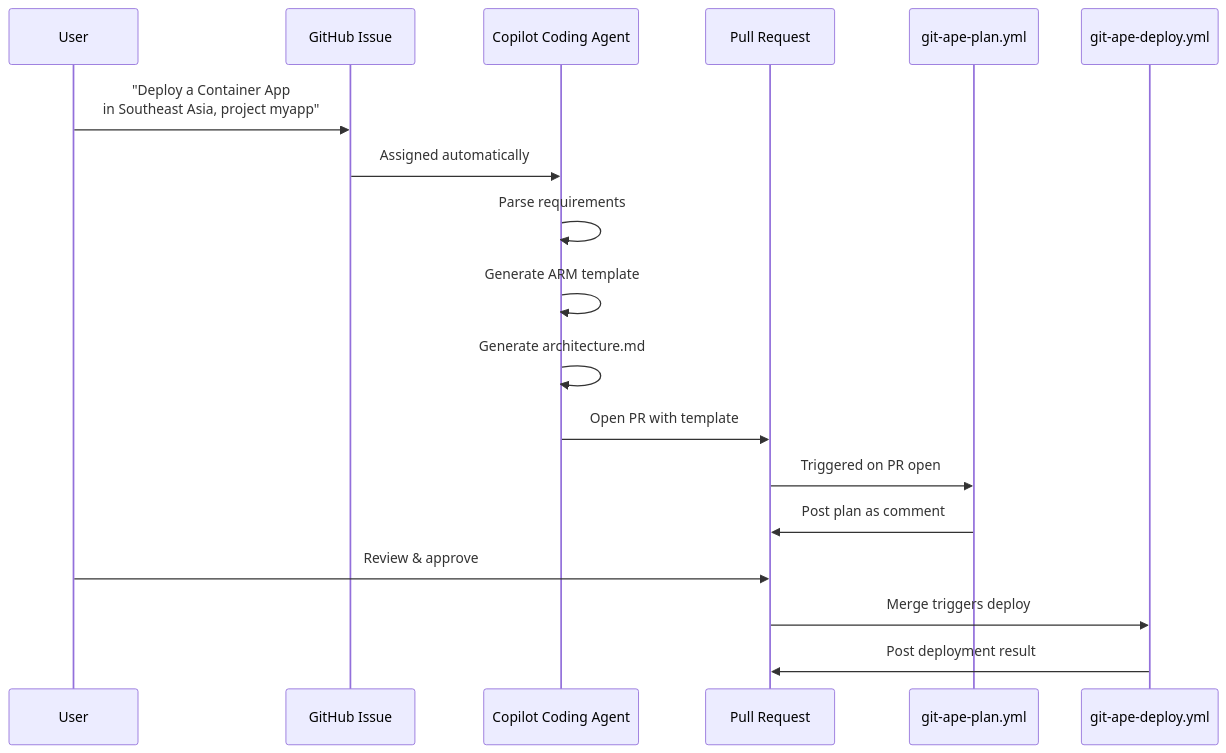
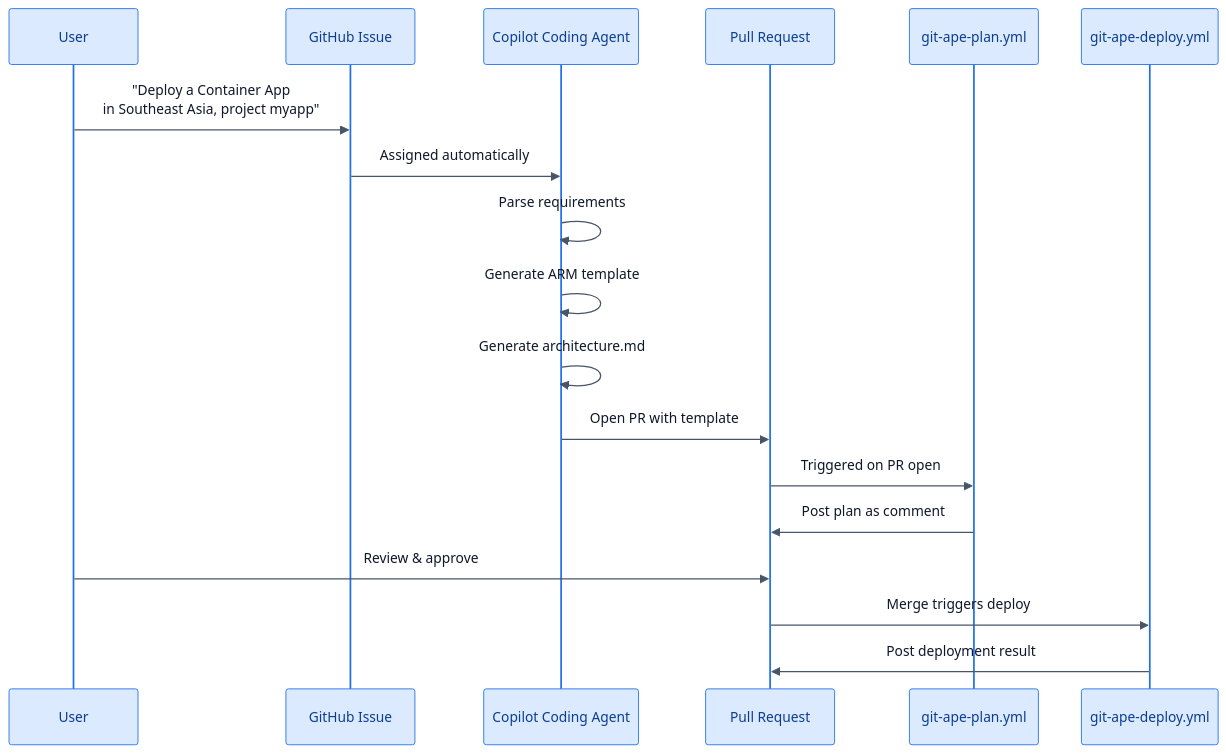
Before and after one commit to Azure/git-ape: the diagram in website/docs/use-cases/headless-mode.md, drawn with Mermaid. The commit also changed 48 other files, not shown here.

First line of the commit message:
docs(website): manifesto-aligned rewrite, deploy-anything, mermaid zoom + colors

````diff
--- a/website/docs/use-cases/headless-mode.md
+++ b/website/docs/use-cases/headless-mode.md
@@ -15,21 +15,22 @@
 ```mermaid
+%%{init: {'theme':'base','themeVariables':{'fontSize':'13px','actorBkg':'#dbeafe','actorBorder':'#1f6feb','actorTextColor':'#0b3d91','signalColor':'#475569','signalTextColor':'#0f172a','noteBkgColor':'#fef3c7','noteBorderColor':'#b45309','noteTextColor':'#7c2d12'}}}%%
 sequenceDiagram
     participant User
     participant Issue as GitHub Issue
     participant Agent as Copilot Coding Agent
     participant PR as Pull Request
     participant Plan as git-ape-plan.yml
     participant Deploy as git-ape-deploy.yml
 
     User->>Issue: "Deploy a Container App<br/>in Southeast Asia, project myapp"
     Issue->>Agent: Assigned automatically
     Agent->>Agent: Parse requirements
     Agent->>Agent: Generate ARM template
     Agent->>Agent: Generate architecture.md
     Agent->>PR: Open PR with template
     PR->>Plan: Triggered on PR open
     Plan->>PR: Post plan as comment
     User->>PR: Review & approve
     PR->>Deploy: Merge triggers deploy
     Deploy->>PR: Post deployment result
 ```
````
